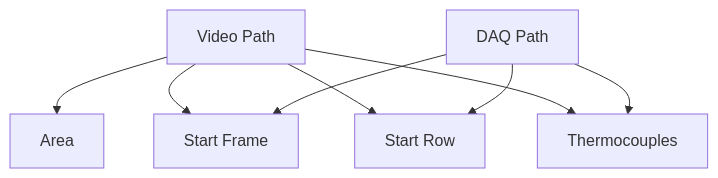
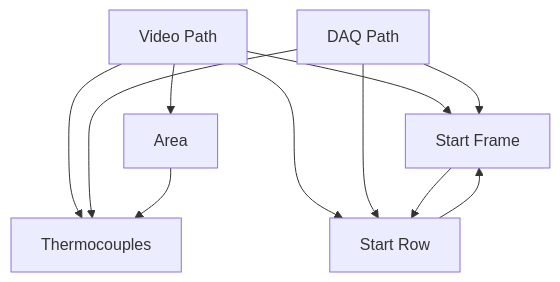
Before and after one commit to starpact/tlc: the second of 3 diagrams in README.md, drawn with Mermaid. The commit also changed other lines of this file and 32 other files, not shown here.

````diff
--- a/README.md
+++ b/README.md
@@ -33,10 +70,13 @@
 ```mermaid
 flowchart
     video_path[Video Path] --> area[Area]
     video_path[Video Path] --> start_frame[Start Frame]
     video_path[Video Path] --> start_row[Start Row]
     video_path[Video Path] --> thermocouples[Thermocouples]
     daq_path[DAQ Path] --> start_frame
     daq_path[DAQ Path] --> start_row
     daq_path[DAQ Path] --> thermocouples
+    start_frame --> start_row
+    start_row --> start_frame
+    area --> thermocouples
 ```
````
